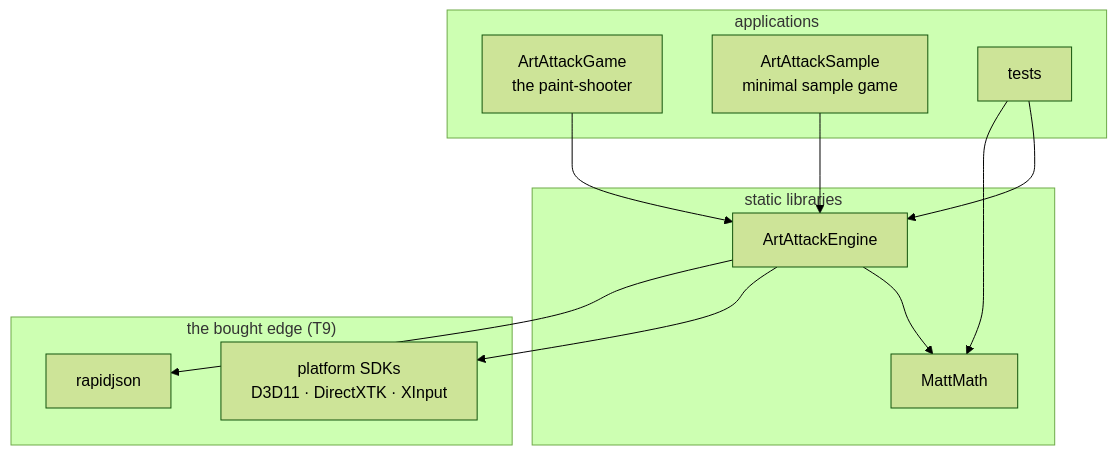
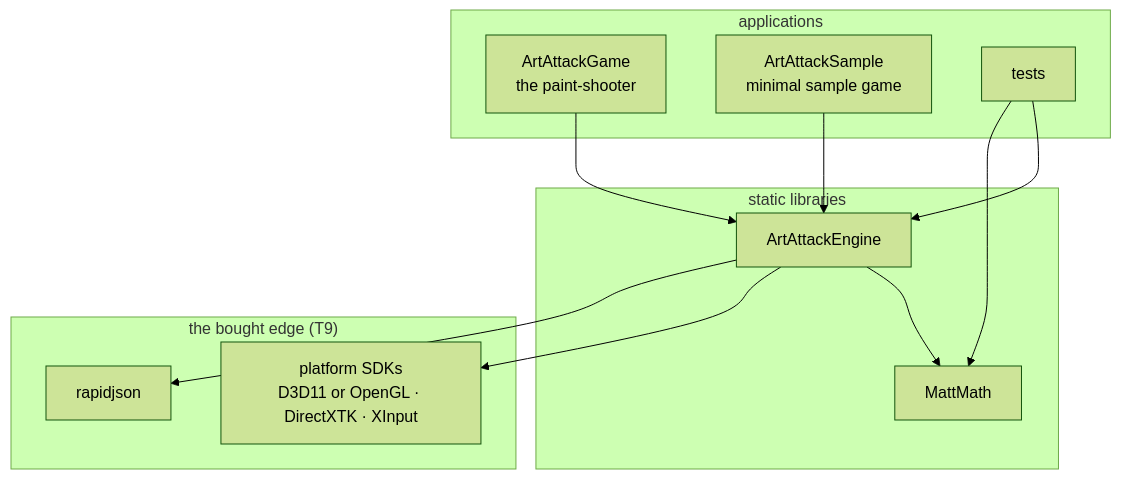
Before and after one commit to matt439/Labrador: the first of 2 diagrams in docs/design/ARCHITECTURE.md, drawn with Mermaid (forest theme). The commit also changed other lines of this file and 14 other files, not shown here.

````diff
--- a/docs/design/ARCHITECTURE.md
+++ b/docs/design/ARCHITECTURE.md
@@ -43,23 +43,23 @@
 ```mermaid
 flowchart TD
     subgraph apps["applications"]
         game["ArtAttackGame<br/>the paint-shooter"]
         sample["ArtAttackSample<br/>minimal sample game"]
         tests["tests"]
     end
     subgraph libs["static libraries"]
         engine["ArtAttackEngine"]
         math["MattMath"]
     end
     subgraph edge["the bought edge (T9)"]
-        sdks["platform SDKs<br/>D3D11 · DirectXTK · XInput"]
+        sdks["platform SDKs<br/>D3D11 or OpenGL · DirectXTK · XInput"]
         rapidjson["rapidjson"]
     end
     game --> engine
     sample --> engine
     tests --> engine
     tests --> math
     engine --> math
     engine --> sdks
     engine --> rapidjson
 ```
````
